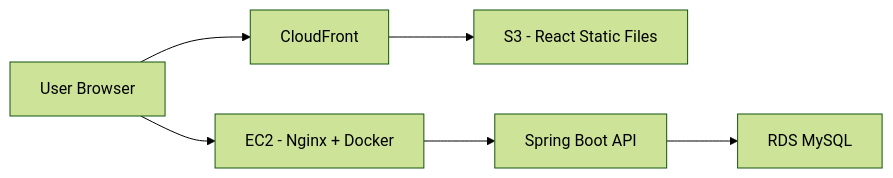
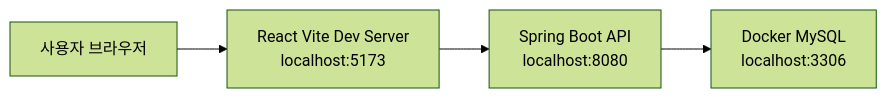
Before and after one commit to jeongbin5211/saas-wms-demo: the first of 4 diagrams in README.md, drawn with Mermaid (forest theme). The commit also changed other lines of this file, not shown here.

````diff
--- a/README.md
+++ b/README.md
@@ -77,15 +169,11 @@
 ```mermaid
 flowchart LR
-    USER["User Browser"]
-    CF["CloudFront"]
-    S3["S3 - React Static Files"]
-    EC2["EC2 - Nginx + Docker"]
-    API["Spring Boot API"]
-    RDS["RDS MySQL"]
+    USER["사용자 브라우저"]
+    FE["React Vite Dev Server<br/>localhost:5173"]
+    BE["Spring Boot API<br/>localhost:8080"]
+    DB["Docker MySQL<br/>localhost:3306"]
 
-    USER --> CF
-    CF --> S3
-    USER --> EC2
-    EC2 --> API
-    API --> RDS
+    USER --> FE
+    FE --> BE
+    BE --> DB
 ```
````
